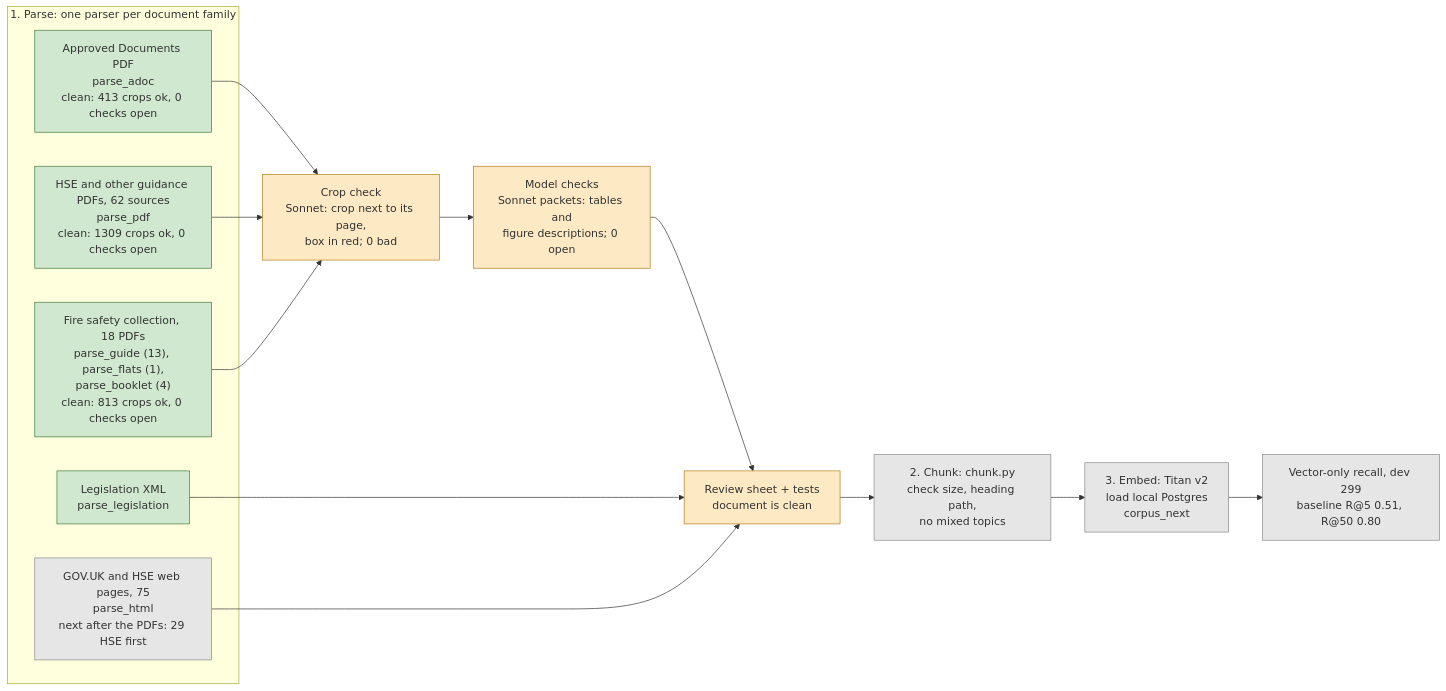
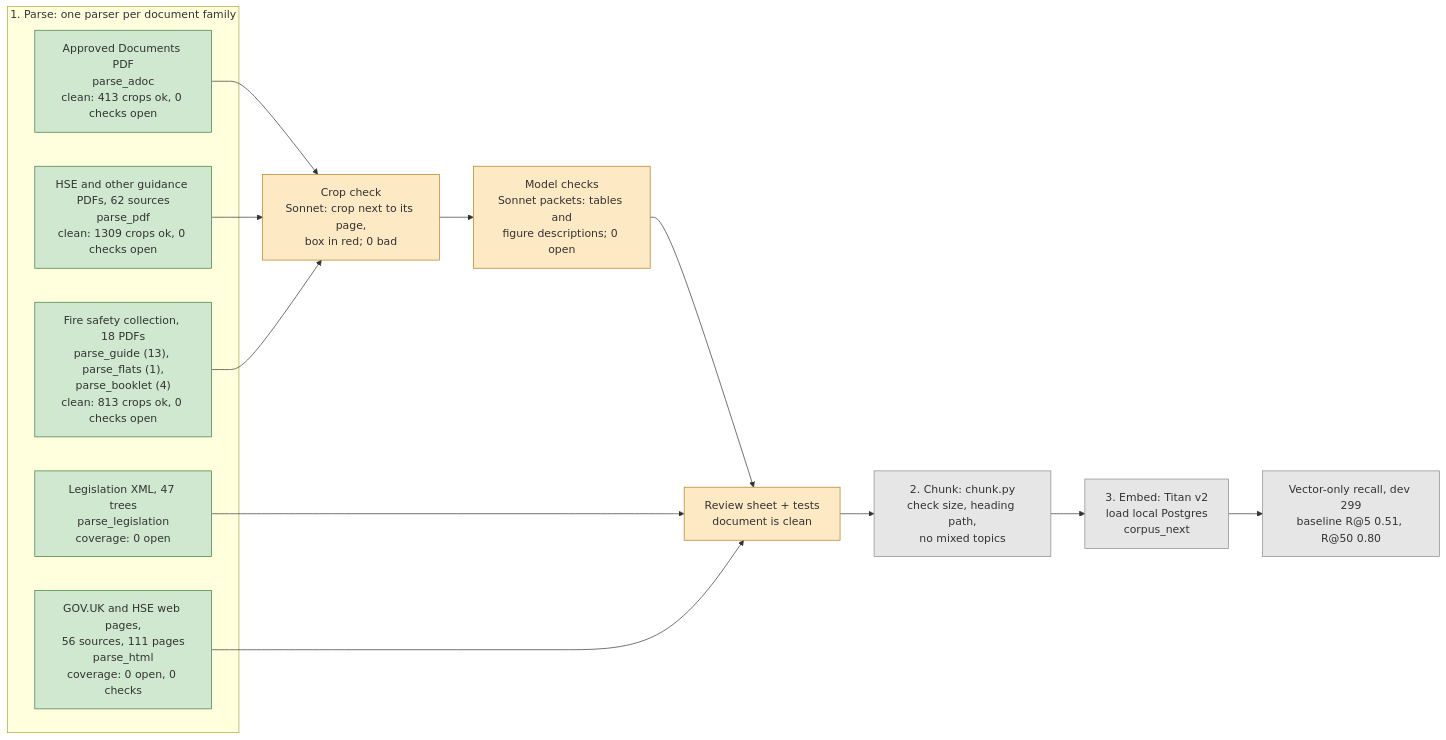
Before and after one commit to florinmarcus/builders_lab: the diagram in evals/PLAN.md, drawn with Mermaid. The commit also changed other lines of this file and 14 other files, not shown here.

````diff
--- a/evals/PLAN.md
+++ b/evals/PLAN.md
@@ -46,26 +46,26 @@
 ```mermaid
 flowchart LR
     subgraph parse["1. Parse: one parser per document family"]
-        leg["Legislation XML<br/>parse_legislation"]:::done
+        leg["Legislation XML, 47 trees<br/>parse_legislation<br/>coverage: 0 open"]:::done
         adoc["Approved Documents PDF<br/>parse_adoc<br/>clean: 413 crops ok, 0 checks open"]:::done
         hse["HSE and other guidance PDFs, 62 sources<br/>parse_pdf<br/>clean: 1309 crops ok, 0 checks open"]:::done
         guide["Fire safety collection, 18 PDFs<br/>parse_guide (13), parse_flats (1),<br/>parse_booklet (4)<br/>clean: 813 crops ok, 0 checks open"]:::done
-        html["GOV.UK and HSE web pages, 75<br/>parse_html<br/>next after the PDFs: 29 HSE first"]:::todo
+        html["GOV.UK and HSE web pages,<br/>56 sources, 111 pages<br/>parse_html<br/>coverage: 0 open, 0 checks"]:::done
     end
     crop["Crop check<br/>Sonnet: crop next to its page,<br/>box in red; 0 bad"]:::wip
     mc["Model checks<br/>Sonnet packets: tables and<br/>figure descriptions; 0 open"]:::wip
     rev["Review sheet + tests<br/>document is clean"]:::wip
     chunk["2. Chunk: chunk.py<br/>check size, heading path,<br/>no mixed topics"]:::todo
     emb["3. Embed: Titan v2<br/>load local Postgres<br/>corpus_next"]:::todo
     rec["Vector-only recall, dev 299<br/>baseline R@5 0.51, R@50 0.80"]:::todo
     adoc --> crop
     hse --> crop
     guide --> crop
     crop --> mc --> rev
     leg --> rev
     html --> rev
     rev --> chunk --> emb --> rec
     classDef done fill:#cfe8cf,stroke:#3a7d3a
     classDef wip fill:#fde9c4,stroke:#b07d1a
     classDef todo fill:#e6e6e6,stroke:#888
 ```
````
